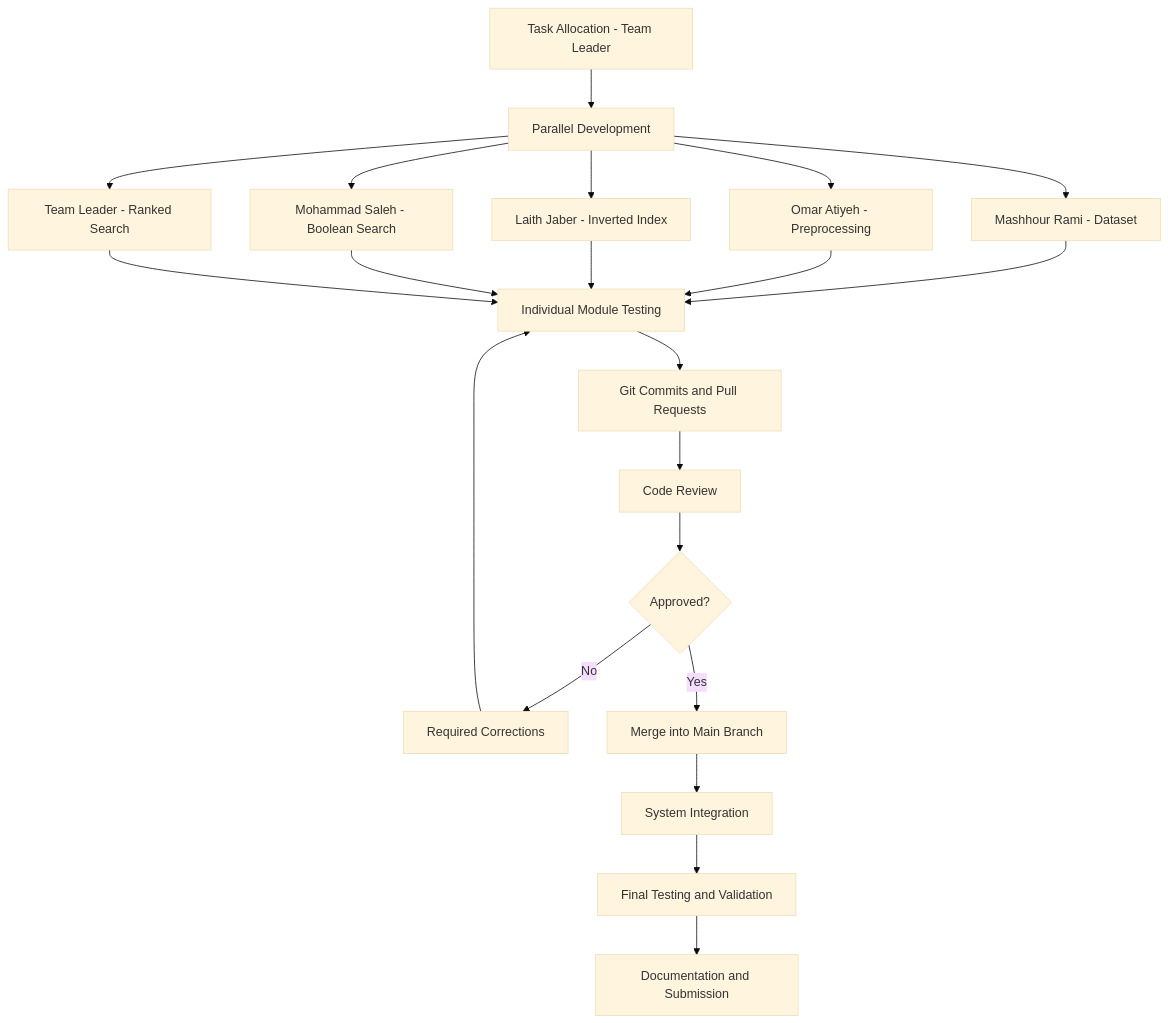
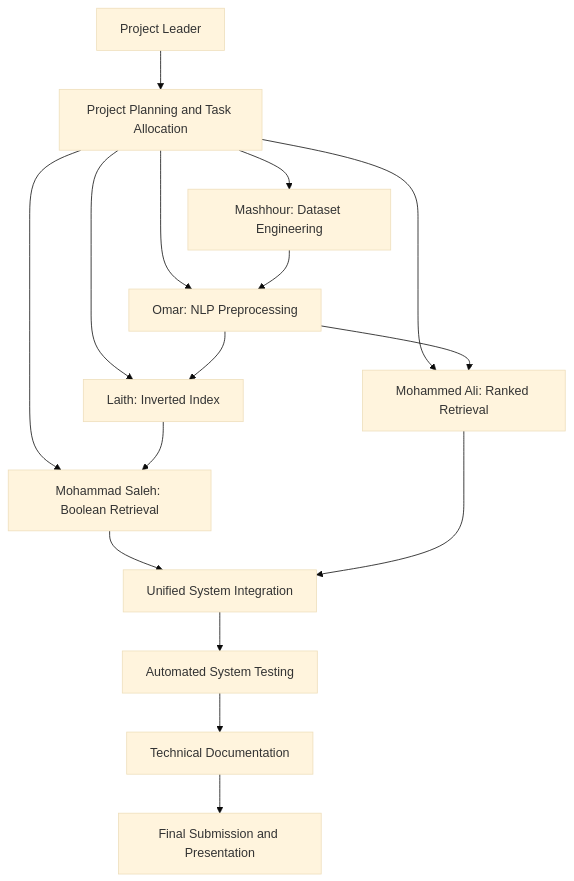
Before and after one commit to MOHAMMEDALMAHSERE/Medical-Research-Search-version9: the diagram in Step_02_Teamwork/README.md, drawn with Mermaid (base theme). The commit also changed other lines of this file, not shown here.

First line of the commit message:
Complete Step 02 progress and teamwork documentation

````diff
--- a/Step_02_Teamwork/README.md
+++ b/Step_02_Teamwork/README.md
@@ -69,28 +108,22 @@
 ```mermaid
 flowchart TD
-    A[Task Allocation - Team Leader] --> B[Parallel Development]
+    A[Project Leader] --> B[Project Planning and Task Allocation]
 
-    B --> C[Mashhour Rami - Dataset]
-    B --> D[Omar Atiyeh - Preprocessing]
-    B --> E[Laith Jaber - Inverted Index]
-    B --> F[Mohammad Saleh - Boolean Search]
-    B --> G[Team Leader - Ranked Search]
+    B --> C[Mashhour: Dataset Engineering]
+    B --> D[Omar: NLP Preprocessing]
+    B --> E[Laith: Inverted Index]
+    B --> F[Mohammad Saleh: Boolean Retrieval]
+    B --> G[Mohammed Ali: Ranked Retrieval]
 
-    C --> H[Individual Module Testing]
-    D --> H
-    E --> H
-    F --> H
+    C --> D
+    D --> E
+    D --> G
+    E --> F
+
+    F --> H[Unified System Integration]
     G --> H
 
-    H --> I[Git Commits and Pull Requests]
-    I --> J[Code Review]
-    J --> K{Approved?}
-
-    K -->|No| L[Required Corrections]
-    L --> H
-
-    K -->|Yes| M[Merge into Main Branch]
-    M --> N[System Integration]
-    N --> O[Final Testing and Validation]
-    O --> P[Documentation and Submission]
+    H --> I[Automated System Testing]
+    I --> J[Technical Documentation]
+    J --> K[Final Submission and Presentation]
 ```
````
